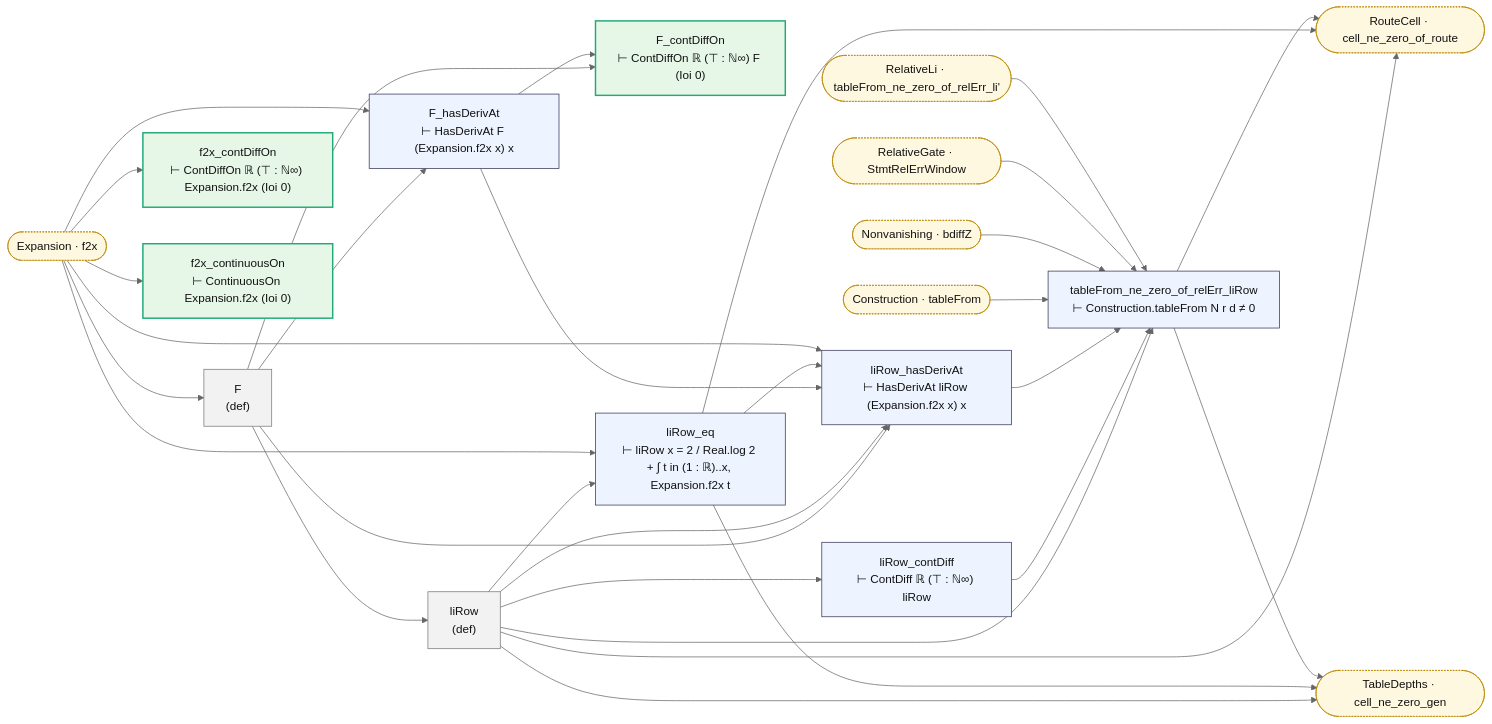
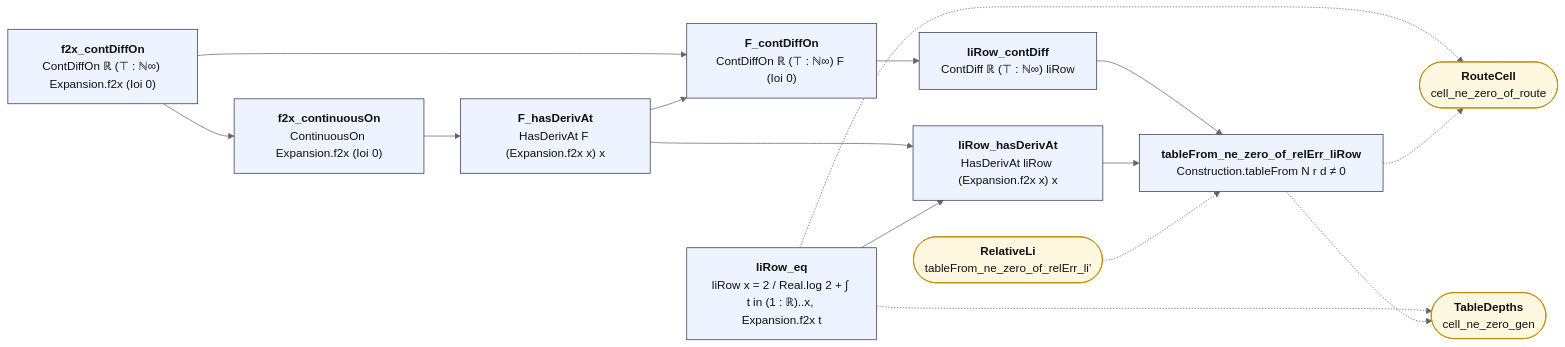
One commit to juliansambranojr/Primebeat_081426 changed the diagram in map/lean/Interpolant.md. Above: the diagram before and after it, drawn with Mermaid (neutral theme). The commit also changed other lines of this file and 387 other files, not shown here.

````diff
--- a/map/lean/Interpolant.md
+++ b/map/lean/Interpolant.md
@@ -8,55 +12,33 @@
 ```mermaid
 flowchart LR
-  n0["F<br/>(def)"]:::dfn
-  n1["liRow<br/>(def)"]:::dfn
-  n2["f2x_contDiffOn<br/>⊢ ContDiffOn ℝ (⊤ : ℕ∞) Expansion.f2x (Ioi 0)"]:::end_
-  n3["f2x_continuousOn<br/>⊢ ContinuousOn Expansion.f2x (Ioi 0)"]:::end_
-  n4["F_hasDerivAt<br/>⊢ HasDerivAt F (Expansion.f2x x) x"]:::thm
-  n5["F_contDiffOn<br/>⊢ ContDiffOn ℝ (⊤ : ℕ∞) F (Ioi 0)"]:::end_
-  n6["liRow_contDiff<br/>⊢ ContDiff ℝ (⊤ : ℕ∞) liRow"]:::thm
-  n7["liRow_eq<br/>⊢ liRow x = 2 / Real.log 2 + ∫ t in (1 : ℝ)..x, Expansion.f2x t"]:::thm
-  n8["liRow_hasDerivAt<br/>⊢ HasDerivAt liRow (Expansion.f2x x) x"]:::thm
-  n9["tableFrom_ne_zero_of_relErr_liRow<br/>⊢ Construction.tableFrom N r d ≠ 0"]:::thm
-  x0(["Construction · tableFrom"]):::ext
-  x1(["Expansion · f2x"]):::ext
-  x2(["Nonvanishing · bdiffZ"]):::ext
-  x3(["RelativeGate · StmtRelErrWindow"]):::ext
-  x4(["RelativeLi · tableFrom_ne_zero_of_relErr_li'"]):::ext
-  x5(["RouteCell · cell_ne_zero_of_route"]):::ext
-  x6(["TableDepths · cell_ne_zero_gen"]):::ext
+  n0["<b>f2x_contDiffOn</b><br/>ContDiffOn ℝ (⊤ : ℕ∞) Expansion.f2x (Ioi 0)"]:::thm
+  n1["<b>f2x_continuousOn</b><br/>ContinuousOn Expansion.f2x (Ioi 0)"]:::thm
+  n2["<b>F_hasDerivAt</b><br/>HasDerivAt F (Expansion.f2x x) x"]:::thm
+  n3["<b>F_contDiffOn</b><br/>ContDiffOn ℝ (⊤ : ℕ∞) F (Ioi 0)"]:::thm
+  n4["<b>liRow_contDiff</b><br/>ContDiff ℝ (⊤ : ℕ∞) liRow"]:::thm
+  n5["<b>liRow_eq</b><br/>liRow x = 2 / Real.log 2 + ∫ t in (1 : ℝ)..x, Expansion.f2x t"]:::thm
+  n6["<b>liRow_hasDerivAt</b><br/>HasDerivAt liRow (Expansion.f2x x) x"]:::thm
+  n7["<b>tableFrom_ne_zero_of_relErr_liRow</b><br/>Construction.tableFrom N r d ≠ 0"]:::thm
+  x0(["<b>RouteCell</b><br/>cell_ne_zero_of_route"]):::ext
+  x1(["<b>TableDepths</b><br/>cell_ne_zero_gen"]):::ext
+  x2(["<b>RelativeLi</b><br/>tableFrom_ne_zero_of_relErr_li'"]):::ext
   n0 --> n1
-  n0 --> n4
-  n0 --> n5
-  n0 --> n8
-  n1 --> n6
-  n1 --> n7
-  n1 --> n8
-  n1 --> n9
-  n1 --> x5
-  n1 --> x6
-  n4 --> n5
-  n4 --> n8
-  n6 --> n9
-  n7 --> n8
-  n7 --> x5
-  n7 --> x6
-  n8 --> n9
-  n9 --> x5
-  n9 --> x6
-  x0 --> n9
-  x1 --> n0
-  x1 --> n2
-  x1 --> n3
-  x1 --> n4
-  x1 --> n7
-  x1 --> n8
-  x2 --> n9
-  x3 --> n9
-  x4 --> n9
+  n0 --> n3
+  n1 --> n2
+  n2 --> n3
+  n2 --> n6
+  n3 --> n4
+  n4 --> n7
+  n5 --> n6
+  n6 --> n7
+  n5 -.-> x0
+  n5 -.-> x1
+  n7 -.-> x0
+  n7 -.-> x1
+  x2 -.-> n7
   classDef thm fill:#eef4ff,stroke:#335,color:#111
-  classDef dfn fill:#f2f2f2,stroke:#777,color:#111
   classDef end_ fill:#e7f7e7,stroke:#2a7,color:#111,stroke-width:2px
   classDef lone fill:#fff,stroke:#999,color:#111,stroke-dasharray:4 3
   classDef bad fill:#ffe5e5,stroke:#c22,color:#111,stroke-width:2px
-  classDef ext fill:#fff8e1,stroke:#b80,color:#111,stroke-dasharray:2 2
+  classDef ext fill:#fff8e1,stroke:#b80,color:#111
 ```
````
